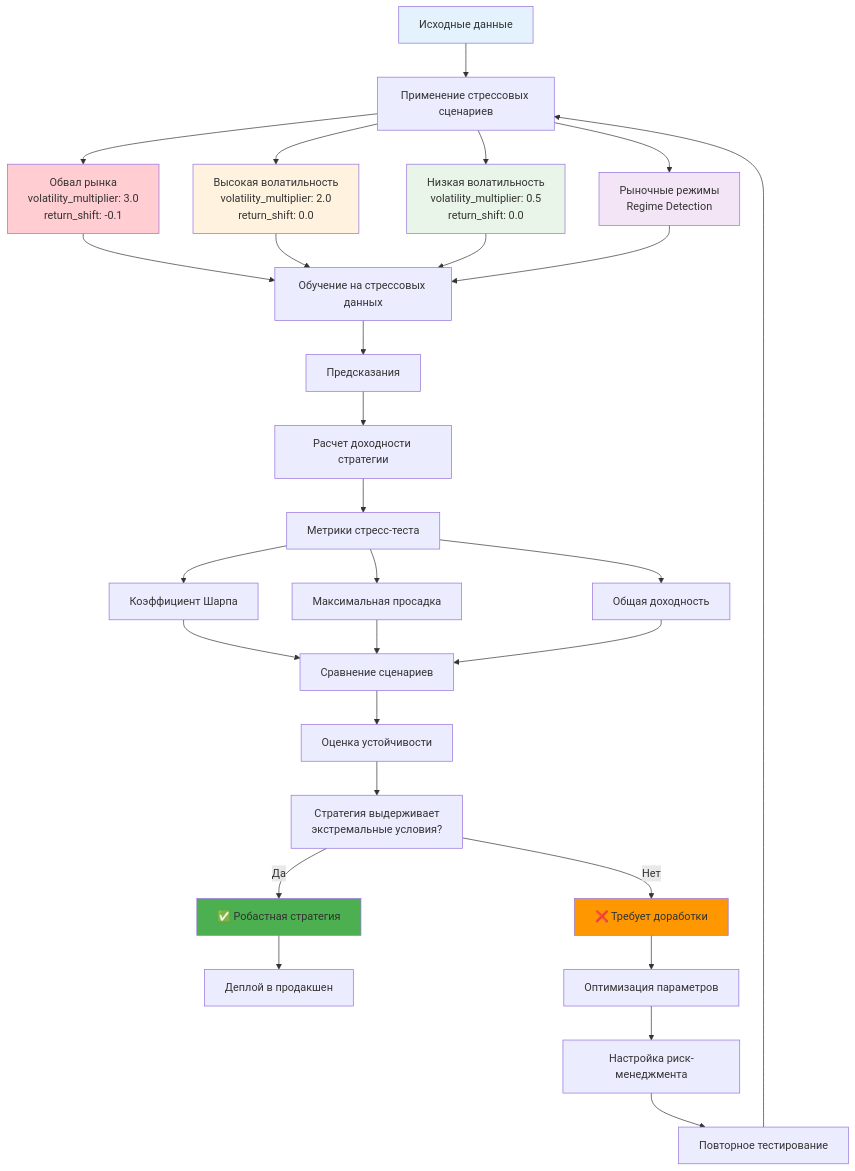
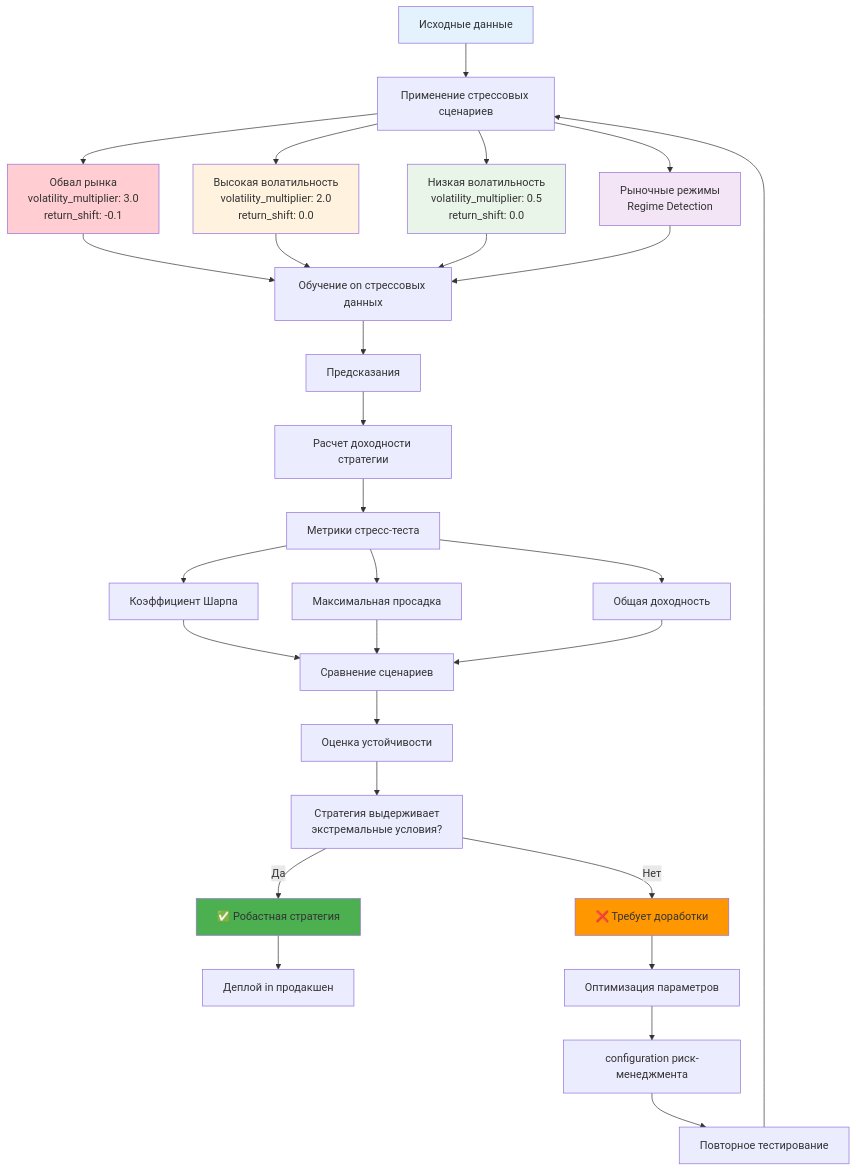
The fifth of 9 diagrams in docs/automl/gluon/29_backtesting_methods.md (NeoZorK/neozork-hld-prediction), drawn with Mermaid before and after one commit. The commit also changed other lines of this file and 19 other files, not shown here.

````diff
--- a/docs/automl/gluon/29_backtesting_methods.md
+++ b/docs/automl/gluon/29_backtesting_methods.md
@@ -1189,47 +1189,47 @@
 ```mermaid
 graph TD
-    A[Исходные данные] --> B[Применение стрессовых сценариев]
-    
-    B --> C[Обвал рынка<br/>volatility_multiplier: 3.0<br/>return_shift: -0.1]
-    B --> D[Высокая волатильность<br/>volatility_multiplier: 2.0<br/>return_shift: 0.0]
-    B --> E[Низкая волатильность<br/>volatility_multiplier: 0.5<br/>return_shift: 0.0]
-    B --> F[Рыночные режимы<br/>Regime Detection]
-    
-    C --> G[Обучение на стрессовых данных]
-    D --> G
-    E --> G
-    F --> G
-    
-    G --> H[Предсказания]
-    H --> I[Расчет доходности стратегии]
-    
-    I --> J[Метрики стресс-теста]
-    J --> K[Коэффициент Шарпа]
-    J --> L[Максимальная просадка]
-    J --> M[Общая доходность]
-    
-    K --> N[Сравнение сценариев]
-    L --> N
-    M --> N
-    
-    N --> O[Оценка устойчивости]
-    O --> P[Стратегия выдерживает<br/>экстремальные условия?]
-    
-    P -->|Да| Q[✅ Робастная стратегия]
-    P -->|Нет| R[❌ Требует доработки]
-    
-    Q --> S[Деплой в продакшен]
-    R --> T[Оптимизация параметров]
-    
-    T --> U[Настройка риск-менеджмента]
-    U --> V[Повторное тестирование]
-    V --> B
-    
-    style A fill:#e3f2fd
-    style C fill:#ffcdd2
-    style D fill:#fff3e0
-    style E fill:#e8f5e8
-    style F fill:#f3e5f5
-    style Q fill:#4caf50
-    style R fill:#ff9800
+ A[Исходные данные] --> B[Применение стрессовых сценариев]
+
+ B --> C[Обвал рынка<br/>volatility_multiplier: 3.0<br/>return_shift: -0.1]
+ B --> D[Высокая волатильность<br/>volatility_multiplier: 2.0<br/>return_shift: 0.0]
+ B --> E[Низкая волатильность<br/>volatility_multiplier: 0.5<br/>return_shift: 0.0]
+ B --> F[Рыночные режимы<br/>Regime Detection]
+
+ C --> G[Обучение on стрессовых данных]
+ D --> G
+ E --> G
+ F --> G
+
+ G --> H[Предсказания]
+ H --> I[Расчет доходности стратегии]
+
+ I --> J[Метрики стресс-теста]
+ J --> K[Коэффициент Шарпа]
+ J --> L[Максимальная просадка]
+ J --> M[Общая доходность]
+
+ K --> N[Сравнение сценариев]
+ L --> N
+ M --> N
+
+ N --> O[Оценка устойчивости]
+ O --> P[Стратегия выдерживает<br/>экстремальные условия?]
+
+ P -->|Да| Q[✅ Робастная стратегия]
+ P -->|Нет| R[❌ Требует доработки]
+
+ Q --> S[Деплой in продакшен]
+ R --> T[Оптимизация параметров]
+
+ T --> U[configuration риск-менеджмента]
+ U --> V[Повторное тестирование]
+ V --> B
+
+ style A fill:#e3f2fd
+ style C fill:#ffcdd2
+ style D fill:#fff3e0
+ style E fill:#e8f5e8
+ style F fill:#f3e5f5
+ style Q fill:#4caf50
+ style R fill:#ff9800
 ```
````
